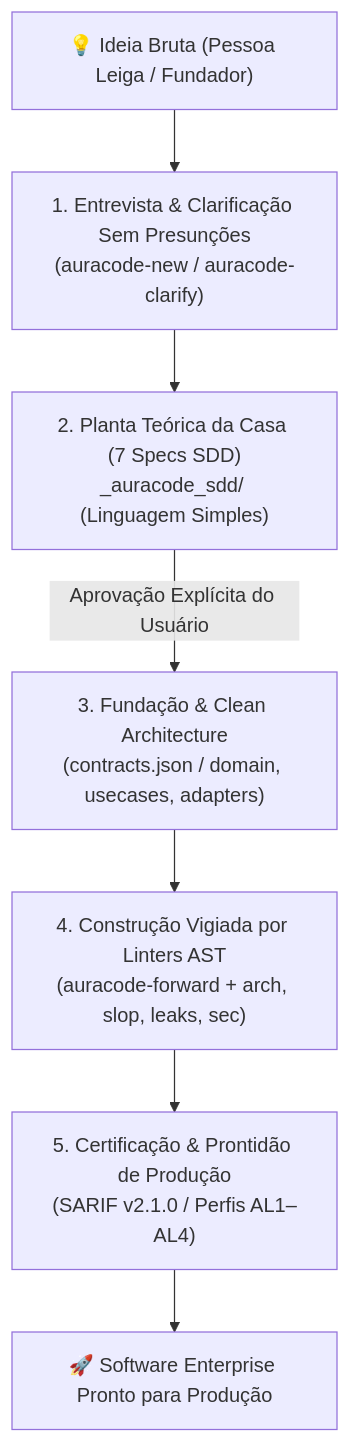
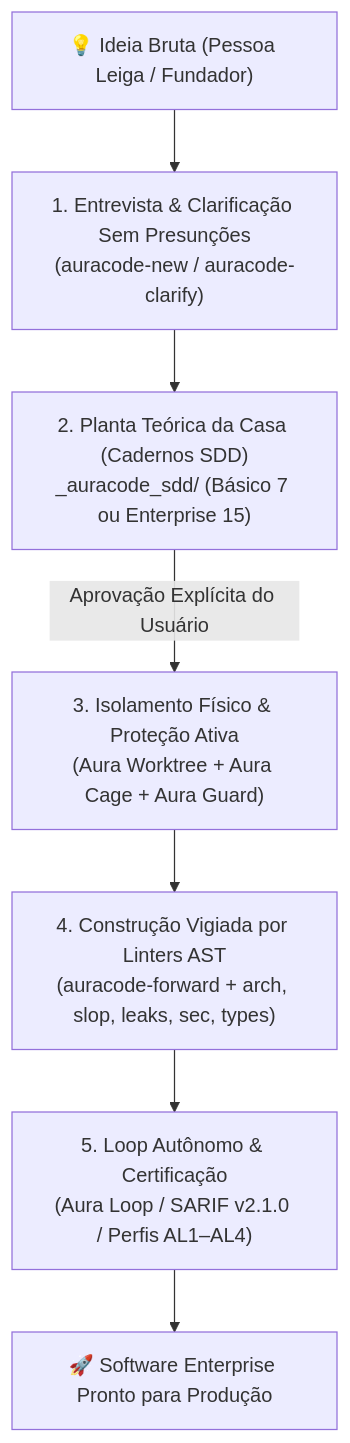
One commit to Maferreira25/Aura-Code changed the diagram in README.pt-BR.md. Above: the diagram before and after it, drawn with Mermaid. The commit also changed other lines of this file and 43 other files, not shown here.

````diff
--- a/README.pt-BR.md
+++ b/README.pt-BR.md
@@ -36,9 +111,9 @@
 ```mermaid
 graph TD
     A["💡 Ideia Bruta (Pessoa Leiga / Fundador)"] --> B["1. Entrevista & Clarificação Sem Presunções<br>(auracode-new / auracode-clarify)"]
-    B --> C["2. Planta Teórica da Casa (7 Specs SDD)<br>_auracode_sdd/ (Linguagem Simples)"]
-    C -->|Aprovação Explícita do Usuário| D["3. Fundação & Clean Architecture<br>(contracts.json / domain, usecases, adapters)"]
-    D --> E["4. Construção Vigiada por Linters AST<br>(auracode-forward + arch, slop, leaks, sec)"]
-    E --> F["5. Certificação & Prontidão de Produção<br>(SARIF v2.1.0 / Perfis AL1–AL4)"]
+    B --> C["2. Planta Teórica da Casa (Cadernos SDD)<br>_auracode_sdd/ (Básico 7 ou Enterprise 15)"]
+    C -->|Aprovação Explícita do Usuário| D["3. Isolamento Físico & Proteção Ativa<br>(Aura Worktree + Aura Cage + Aura Guard)"]
+    D --> E["4. Construção Vigiada por Linters AST<br>(auracode-forward + arch, slop, leaks, sec, types)"]
+    E --> F["5. Loop Autônomo & Certificação<br>(Aura Loop / SARIF v2.1.0 / Perfis AL1–AL4)"]
     F --> G["🚀 Software Enterprise Pronto para Produção"]
 ```
````
